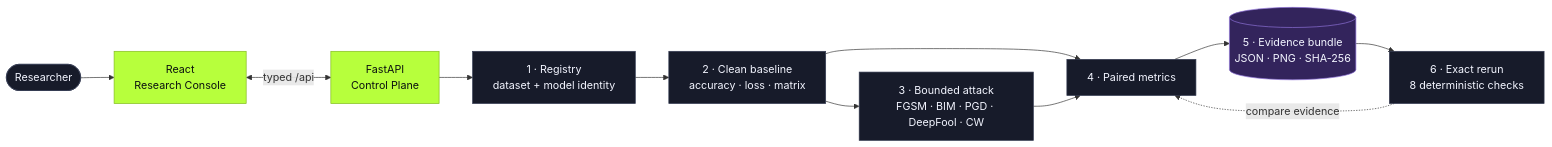
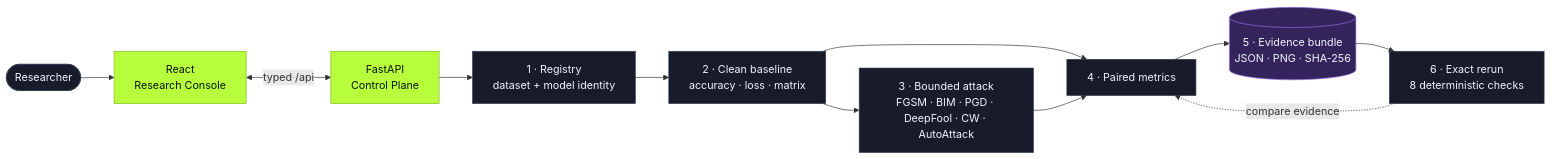
The first of 3 diagrams in README.md (MintKangaroo/AIShield), drawn with Mermaid before and after one commit. The commit also changed other lines of this file and 12 other files, not shown here.

First line of the commit message:
feat: add deterministic AutoAttack ensemble adapter

````diff
--- a/README.md
+++ b/README.md
@@ -41,21 +41,21 @@
 ```mermaid
 flowchart LR
     USER(["Researcher"]) --> UI["React<br/>Research Console"]
     UI <-->|"typed /api"| API["FastAPI<br/>Control Plane"]
 
     API --> REG["1 · Registry<br/>dataset + model identity"]
     REG --> BASE["2 · Clean baseline<br/>accuracy · loss · matrix"]
-    BASE --> ATTACK["3 · Bounded attack<br/>FGSM · BIM · PGD · DeepFool · CW"]
+    BASE --> ATTACK["3 · Bounded attack<br/>FGSM · BIM · PGD · DeepFool · CW · AutoAttack"]
     BASE --> COMPARE["4 · Paired metrics"]
     ATTACK --> COMPARE
     COMPARE --> EVIDENCE[("5 · Evidence bundle<br/>JSON · PNG · SHA-256")]
     EVIDENCE --> VERIFY["6 · Exact rerun<br/>8 deterministic checks"]
     VERIFY -.->|"compare evidence"| COMPARE
 
     classDef primary fill:#b7ff3c,stroke:#82b91f,color:#0b1110;
     classDef surface fill:#171b2a,stroke:#343b52,color:#f3f5ff;
     classDef evidence fill:#33245c,stroke:#8f72da,color:#f3f5ff;
     class USER,REG,BASE,ATTACK,COMPARE,VERIFY surface;
     class UI,API primary;
     class EVIDENCE evidence;
 ```
````
